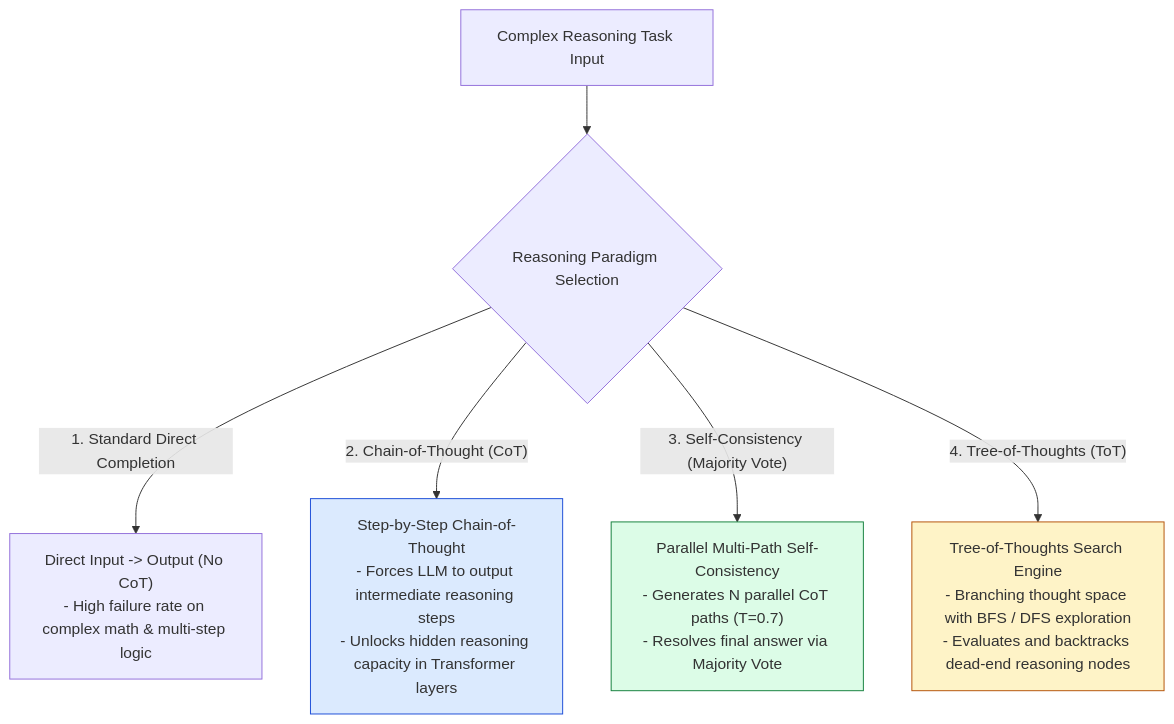
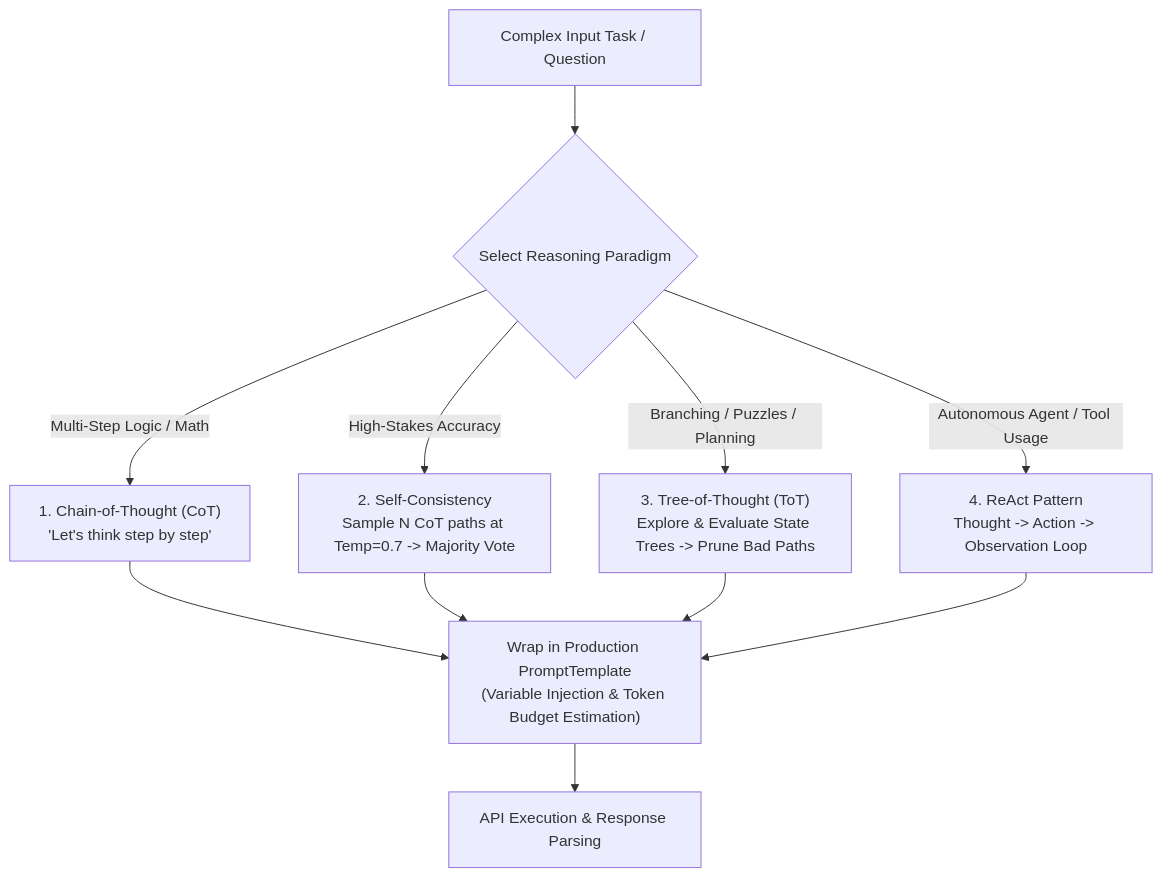
One commit to Amie-dev/engineering-playbook changed the first of 2 diagrams in agentic-ai-notes/00-foundations/04-prompt-engineering-advanced.md. Above: the diagram before and after it, drawn with Mermaid. The commit also changed other lines of this file and 27 other files, not shown here.

````diff
--- a/agentic-ai-notes/00-foundations/04-prompt-engineering-advanced.md
+++ b/agentic-ai-notes/00-foundations/04-prompt-engineering-advanced.md
@@ -13,16 +9,16 @@
 ```mermaid
 flowchart TD
-    Task[Complex Reasoning Task Input] --> Paradigm{Reasoning Paradigm Selection}
-
-    Paradigm -- "1. Standard Direct Completion" --> Direct["Direct Input -> Output (No CoT)<br/>- High failure rate on complex math & multi-step logic"]
-
-    Paradigm -- "2. Chain-of-Thought (CoT)" --> SingleCoT["Step-by-Step Chain-of-Thought<br/>- Forces LLM to output intermediate reasoning steps<br/>- Unlocks hidden reasoning capacity in Transformer layers"]
-
-    Paradigm -- "3. Self-Consistency (Majority Vote)" --> ParallelCoT["Parallel Multi-Path Self-Consistency<br/>- Generates N parallel CoT paths (T=0.7)<br/>- Resolves final answer via Majority Vote"]
-
-    Paradigm -- "4. Tree-of-Thoughts (ToT)" --> TreeSearch["Tree-of-Thoughts Search Engine<br/>- Branching thought space with BFS / DFS exploration<br/>- Evaluates and backtracks dead-end reasoning nodes"]
-
-    style SingleCoT fill:#dbeafe,stroke:#1d4ed8
-    style ParallelCoT fill:#dcfce7,stroke:#15803d
-    style TreeSearch fill:#fef3c7,stroke:#b45309
+    Task[Complex Input Task / Question] --> Technique{"Select Reasoning Paradigm"}
+    
+    Technique -->|Multi-Step Logic / Math| CoT["1. Chain-of-Thought (CoT)<br/>'Let's think step by step'"]
+    Technique -->|High-Stakes Accuracy| SelfConst["2. Self-Consistency<br/>Sample N CoT paths at Temp=0.7 -> Majority Vote"]
+    Technique -->|Branching / Puzzles / Planning| ToT["3. Tree-of-Thought (ToT)<br/>Explore & Evaluate State Trees -> Prune Bad Paths"]
+    Technique -->|Autonomous Agent / Tool Usage| ReAct["4. ReAct Pattern<br/>Thought -> Action -> Observation Loop"]
+    
+    CoT --> TemplateEngine["Wrap in Production PromptTemplate<br/>(Variable Injection & Token Budget Estimation)"]
+    SelfConst --> TemplateEngine
+    ToT --> TemplateEngine
+    ReAct --> TemplateEngine
+    
+    TemplateEngine --> Execution["API Execution & Response Parsing"]
 ```
````
